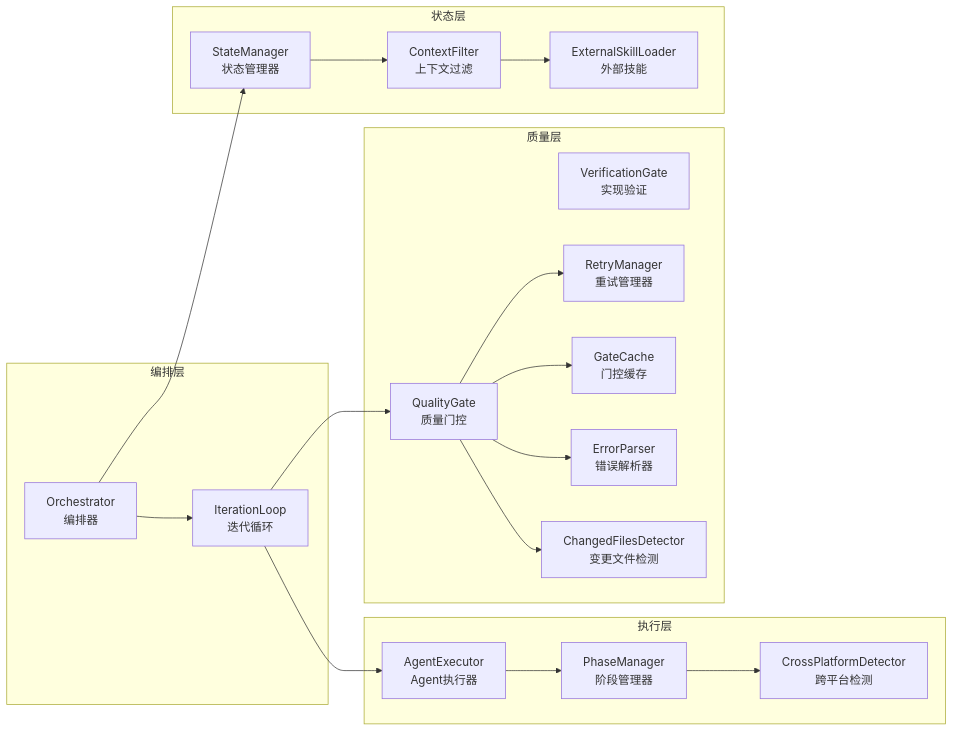
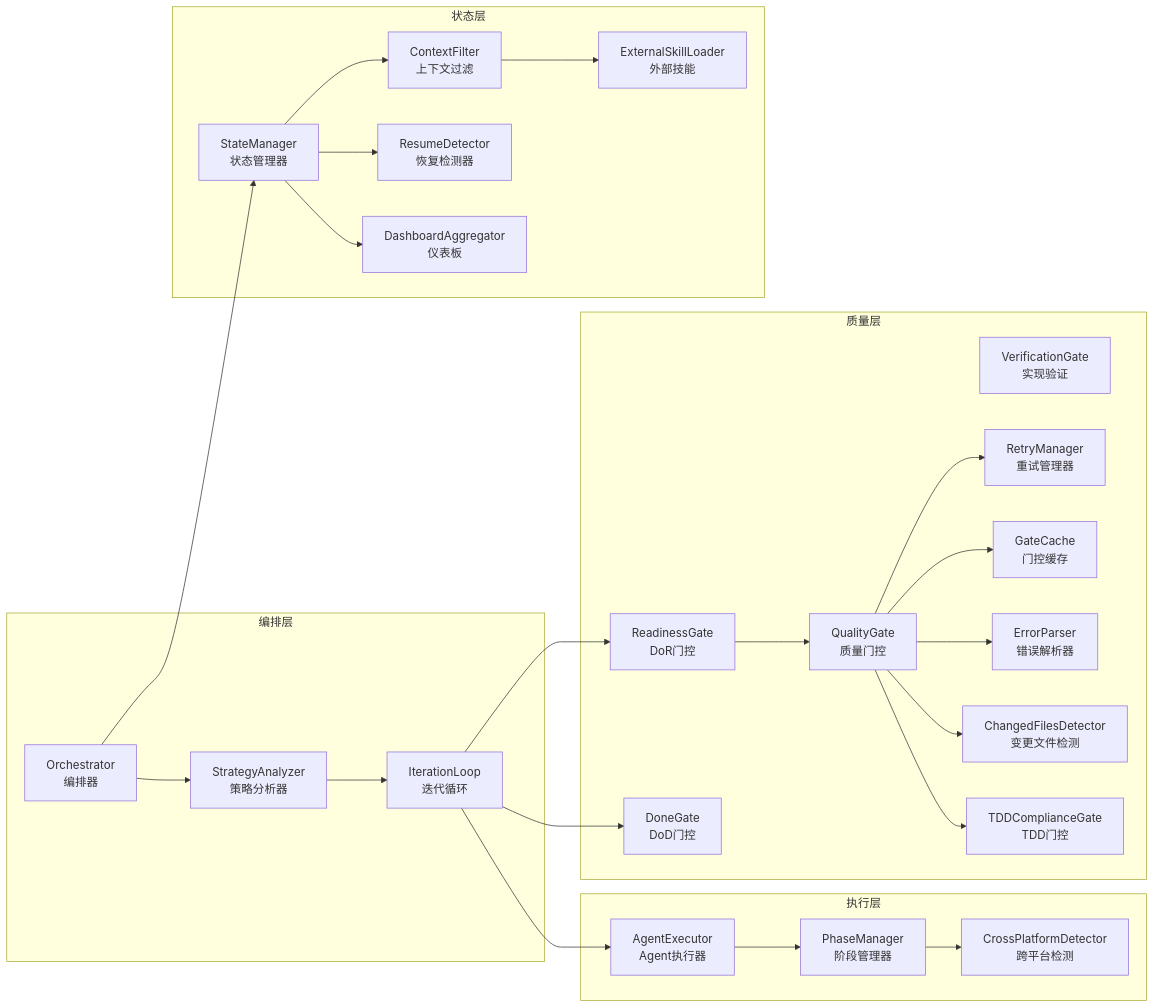
The second of 19 diagrams in docs/System-Architecture_zh.md (Taoidle/plan-cascade), drawn with Mermaid before and after one commit. The commit also changed other lines of this file and 4 other files, not shown here.

````diff
--- a/docs/System-Architecture_zh.md
+++ b/docs/System-Architecture_zh.md
@@ -87,41 +87,53 @@
 ```mermaid
 graph LR
     subgraph "编排层"
         O[Orchestrator<br/>编排器]
         IL[IterationLoop<br/>迭代循环]
+        SA[StrategyAnalyzer<br/>策略分析器]
     end
 
     subgraph "执行层"
         AE[AgentExecutor<br/>Agent执行器]
         PM[PhaseManager<br/>阶段管理器]
         CPD[CrossPlatformDetector<br/>跨平台检测]
     end
 
     subgraph "质量层"
         QG[QualityGate<br/>质量门控]
         VG[VerificationGate<br/>实现验证]
         RM[RetryManager<br/>重试管理器]
         GC[GateCache<br/>门控缓存]
         EP[ErrorParser<br/>错误解析器]
         CFD[ChangedFilesDetector<br/>变更文件检测]
+        DOR[ReadinessGate<br/>DoR门控]
+        DOD[DoneGate<br/>DoD门控]
+        TDD[TDDComplianceGate<br/>TDD门控]
     end
 
     subgraph "状态层"
         SM[StateManager<br/>状态管理器]
         CF[ContextFilter<br/>上下文过滤]
         ESL[ExternalSkillLoader<br/>外部技能]
+        RD[ResumeDetector<br/>恢复检测器]
+        DA[DashboardAggregator<br/>仪表板]
     end
 
-    O --> IL
+    O --> SA
+    SA --> IL
     IL --> AE
     AE --> PM
     PM --> CPD
-    IL --> QG
+    IL --> DOR
+    DOR --> QG
     QG --> RM
     QG --> GC
     QG --> EP
     QG --> CFD
+    QG --> TDD
+    IL --> DOD
     O --> SM
     SM --> CF
+    SM --> RD
+    SM --> DA
     CF --> ESL
 ```
````
